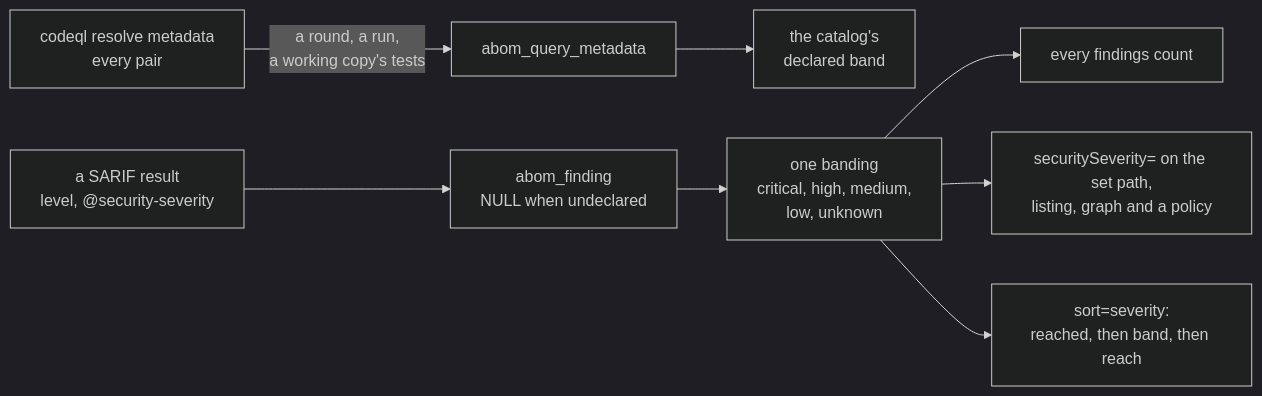
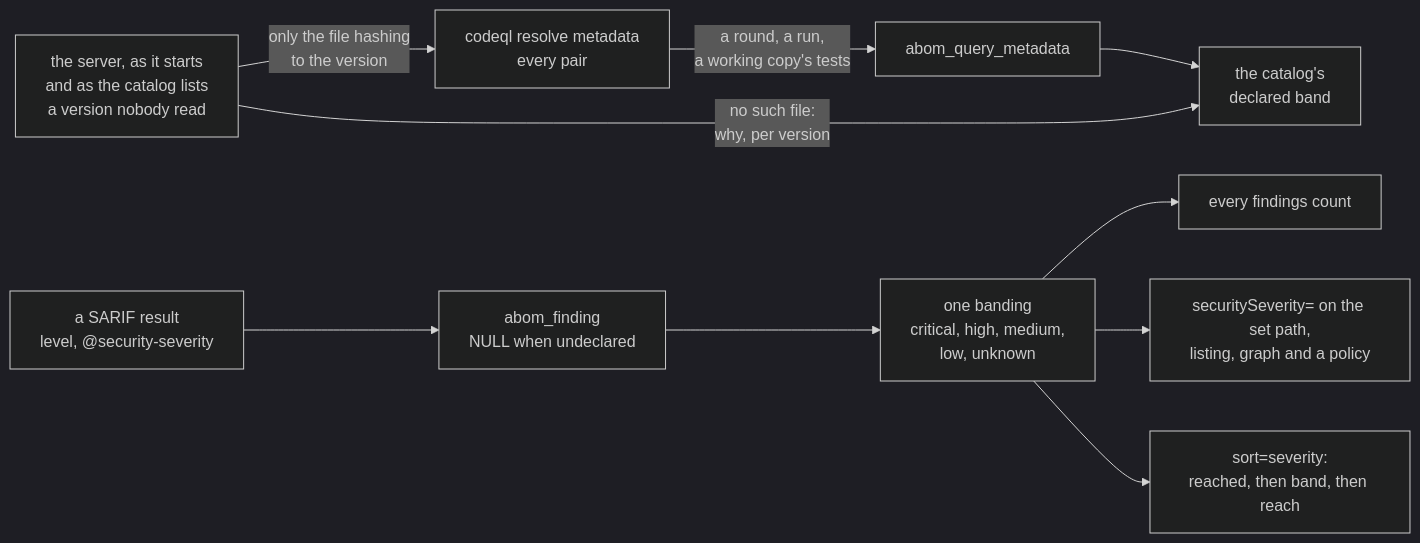
One commit to advanced-security/codeql-abom changed the fourth of 11 diagrams in docs/architecture.md. Above: the diagram before and after it, drawn with Mermaid (dark theme). The commit also changed other lines of this file and 251 other files, not shown here.

````diff
--- a/docs/architecture.md
+++ b/docs/architecture.md
@@ -540,10 +628,12 @@
 ```mermaid
 flowchart LR
     META["codeql resolve metadata<br/>every pair"] -->|"a round, a run,<br/>a working copy's tests"| QM["abom_query_metadata"]
+    SWEEP["the server, as it starts<br/>and as the catalog lists<br/>a version nobody read"] -->|"only the file hashing<br/>to the version"| META
     QM --> CAT["the catalog's<br/>declared band"]
+    SWEEP -->|"no such file:<br/>why, per version"| CAT
     SARIF["a SARIF result<br/>level, @security-severity"] --> F["abom_finding<br/>NULL when undeclared"]
     F --> BAND["one banding<br/>critical, high, medium,<br/>low, unknown"]
     BAND --> COUNTS["every findings count"]
     BAND --> TERM["securitySeverity= on the set path,<br/>listing, graph and a policy"]
     BAND --> SORT["sort=severity:<br/>reached, then band, then reach"]
 ```
````
